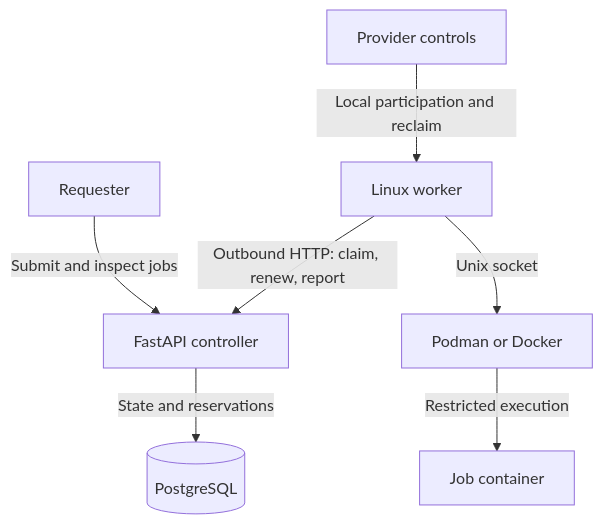
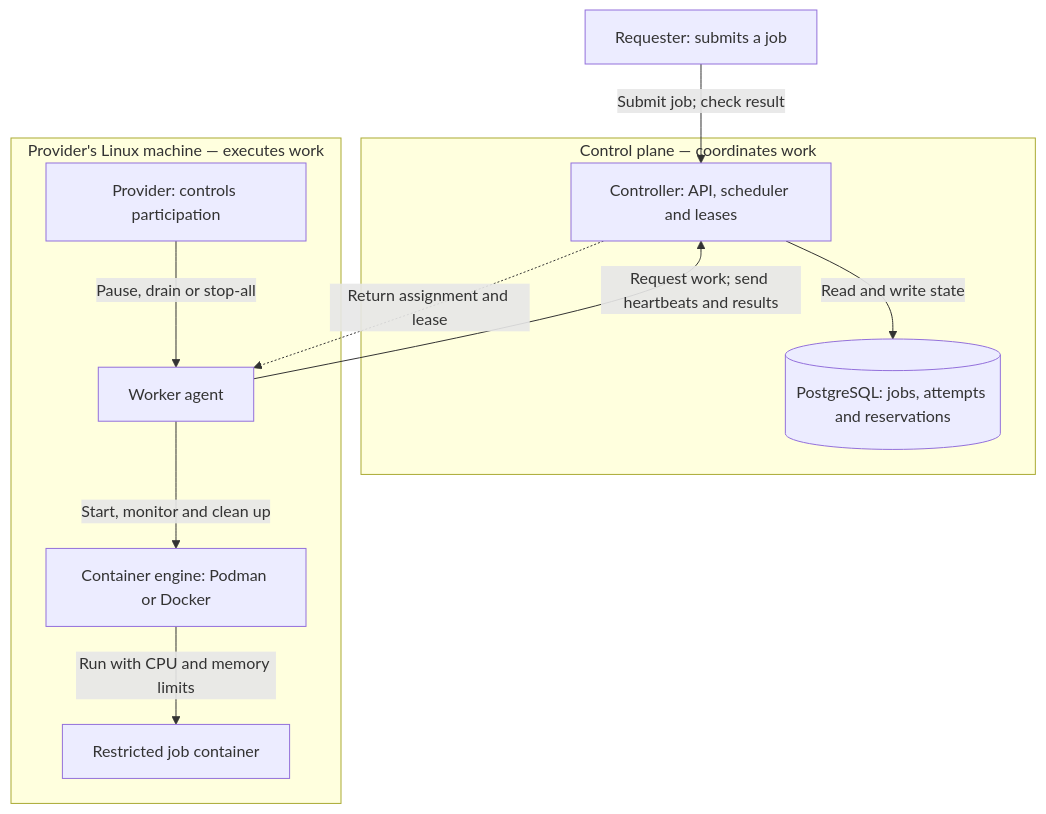
Before and after one commit to hwrigh4/MeshCompute: the diagram in docs/architecture/README.md, drawn with Mermaid. The commit also changed other lines of this file, not shown here.

Commit message:
Clarify at-a-glance architecture diagram
Group the control plane and provider host, label component responsibilities,
and distinguish worker requests from assignment responses. Explain local
provider authority and the logical boundaries of the local lab.

````diff
--- a/docs/architecture/README.md
+++ b/docs/architecture/README.md
@@ -18,9 +18,25 @@
 ```mermaid
-flowchart TD
-    R[Requester] -->|Submit and inspect jobs| C[FastAPI controller]
-    C -->|State and reservations| D[(PostgreSQL)]
-    W[Linux worker] -->|Outbound HTTP: claim, renew, report| C
-    P[Provider controls] -->|Local participation and reclaim| W
-    W -->|Unix socket| E[Podman or Docker]
-    E -->|Restricted execution| J[Job container]
+flowchart TB
+    R["Requester: submits a job"]
+
+    subgraph CP["Control plane — coordinates work"]
+        C["Controller: API, scheduler and leases"]
+        D[("PostgreSQL: jobs, attempts and reservations")]
+        C -->|Read and write state| D
+    end
+
+    subgraph HOST["Provider's Linux machine — executes work"]
+        P["Provider: controls participation"]
+        W["Worker agent"]
+        E["Container engine: Podman or Docker"]
+        J["Restricted job container"]
+
+        P -->|Pause, drain or stop-all| W
+        W -->|Start, monitor and clean up| E
+        E -->|Run with CPU and memory limits| J
+    end
+
+    R -->|Submit job; check result| C
+    W -->|Request work; send heartbeats and results| C
+    C -.->|Return assignment and lease| W
 ```
````
